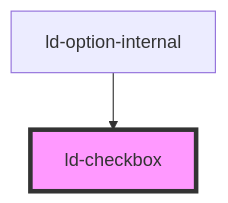
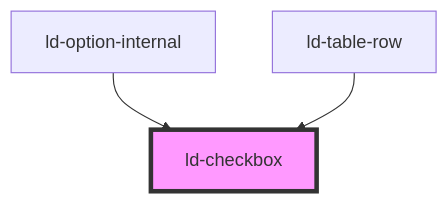
The diagram in src/liquid/components/ld-checkbox/readme.md (emdgroup-liquid/liquid), drawn with Mermaid before and after one commit. The commit also changed other lines of this file and 56 other files, not shown here.

````diff
--- a/src/liquid/components/ld-checkbox/readme.md
+++ b/src/liquid/components/ld-checkbox/readme.md
@@ -632,5 +633,6 @@
 ```mermaid
 graph TD;
   ld-option-internal --> ld-checkbox
+  ld-table-row --> ld-checkbox
   style ld-checkbox fill:#f9f,stroke:#333,stroke-width:4px
 ```
````
